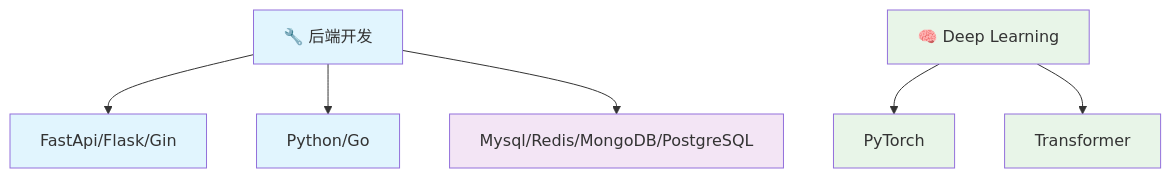
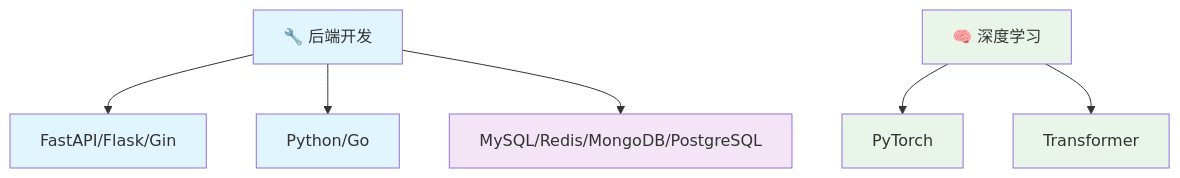
Before and after one commit to LiuCH4NG/LiuCH4NG.github.io: the first of 2 diagrams in docs/index.md, drawn with Mermaid. The commit also changed other lines of this file and 2 other files, not shown here.

````diff
--- a/docs/index.md
+++ b/docs/index.md
@@ -74,16 +76,16 @@
 ```mermaid
 graph TD
-    A[🔧 后端开发] --> B[FastApi/Flask/Gin]
+    A[🔧 后端开发] --> B[FastAPI/Flask/Gin]
     A --> C[Python/Go]
-    A --> D[Mysql/Redis/MongoDB/PostgreSQL]
-    G[🧠 Deep Learning] --> H[PyTorch]
+    A --> D[MySQL/Redis/MongoDB/PostgreSQL]
+    G[🧠 深度学习] --> H[PyTorch]
     G --> I[Transformer]
     
     classDef backend fill:#e1f5fe
     classDef db fill:#f3e5f5
     classDef dl fill:#e8f5e8
     
     class A,B,C backend
     class D db
     class G,H,I dl
 ```
````
